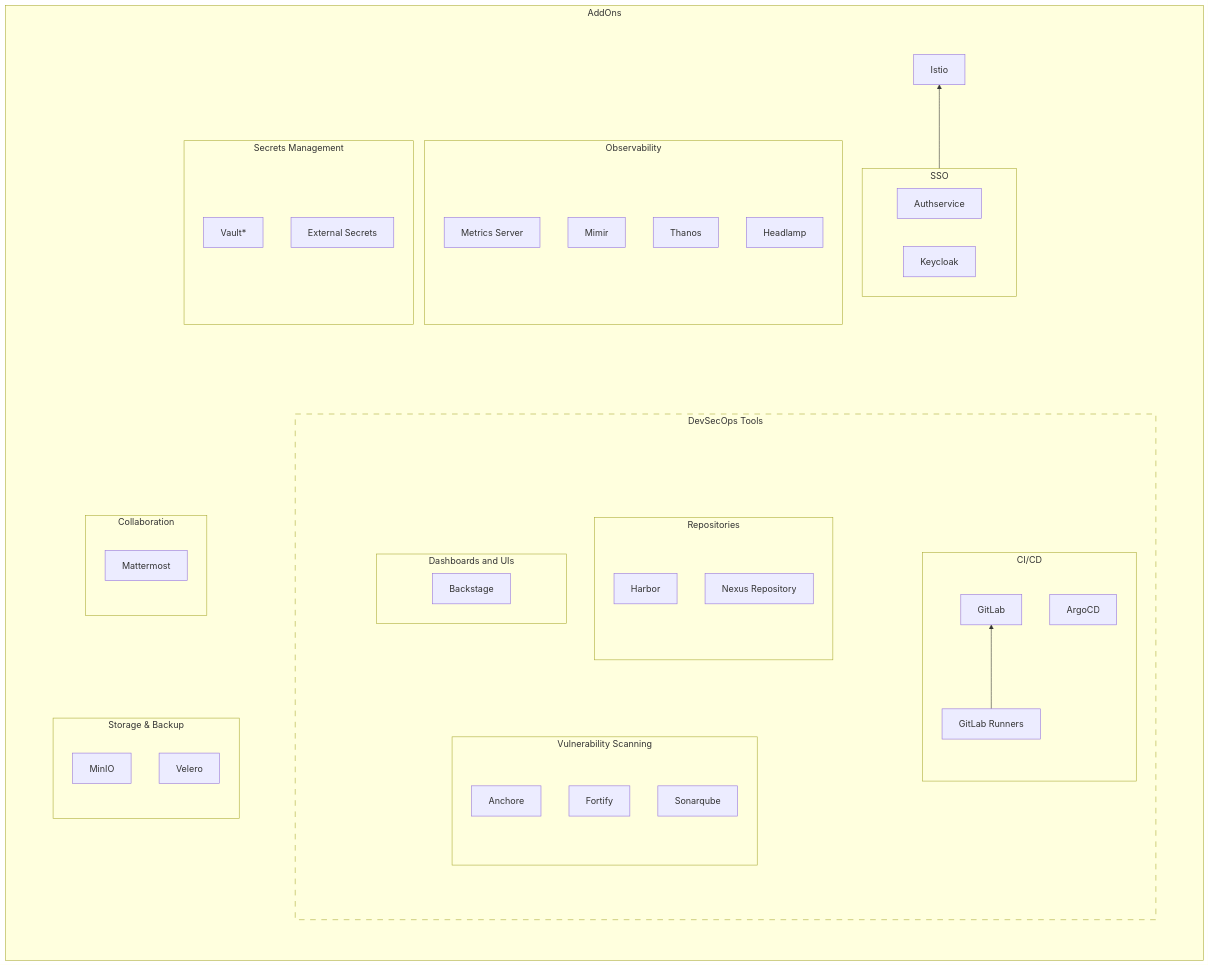
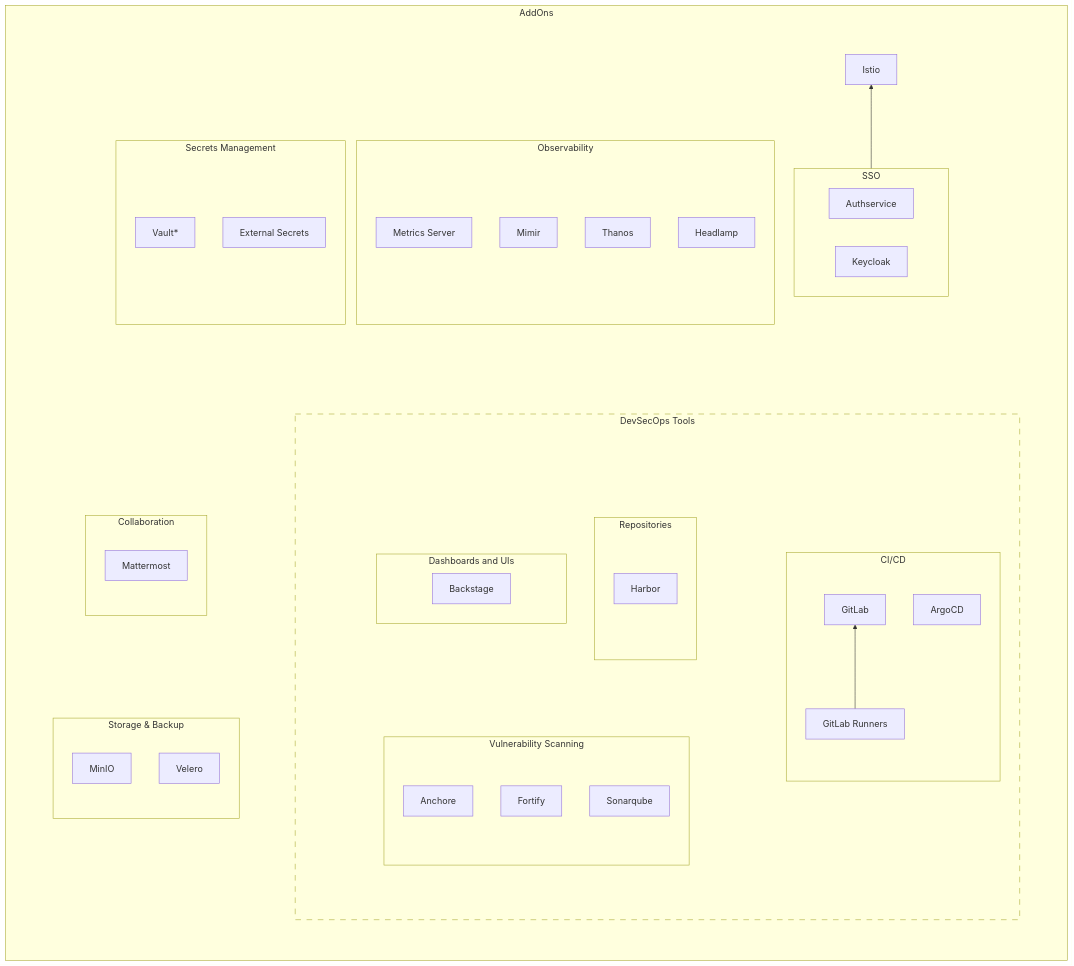
The second of 2 diagrams in docs/packages/categorization.md (DoD-Platform-One/bigbang), drawn with Mermaid before and after one commit. The commit also changed other lines of this file and 32 other files, not shown here.

Commit message:
Remove nexusRepositoryManager package from Big Bang umbrella

```diff
--- a/docs/packages/categorization.md
+++ b/docs/packages/categorization.md
@@ -142,7 +142,6 @@
             subgraph Repo[Repositories]
             direction BT
               Harbor
-              Nexus[Nexus Repository]
             end
             subgraph UI[Dashboards and UIs]
               Backstage
```
